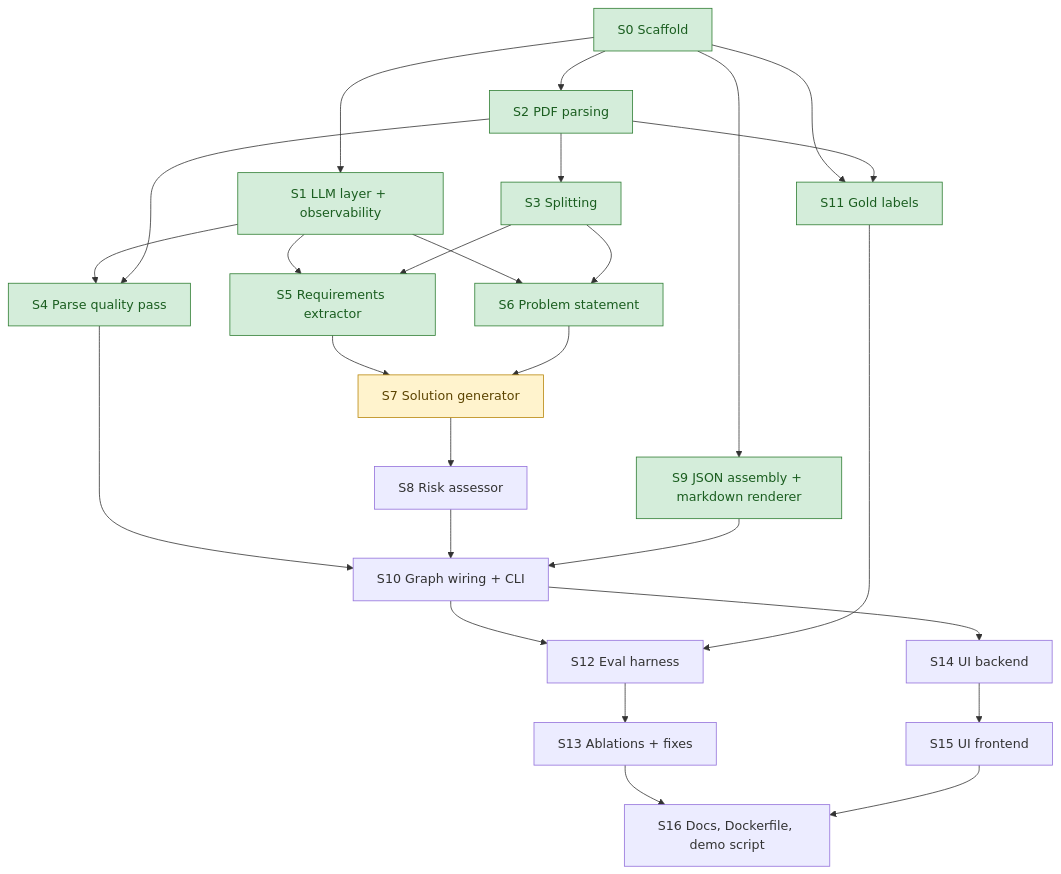
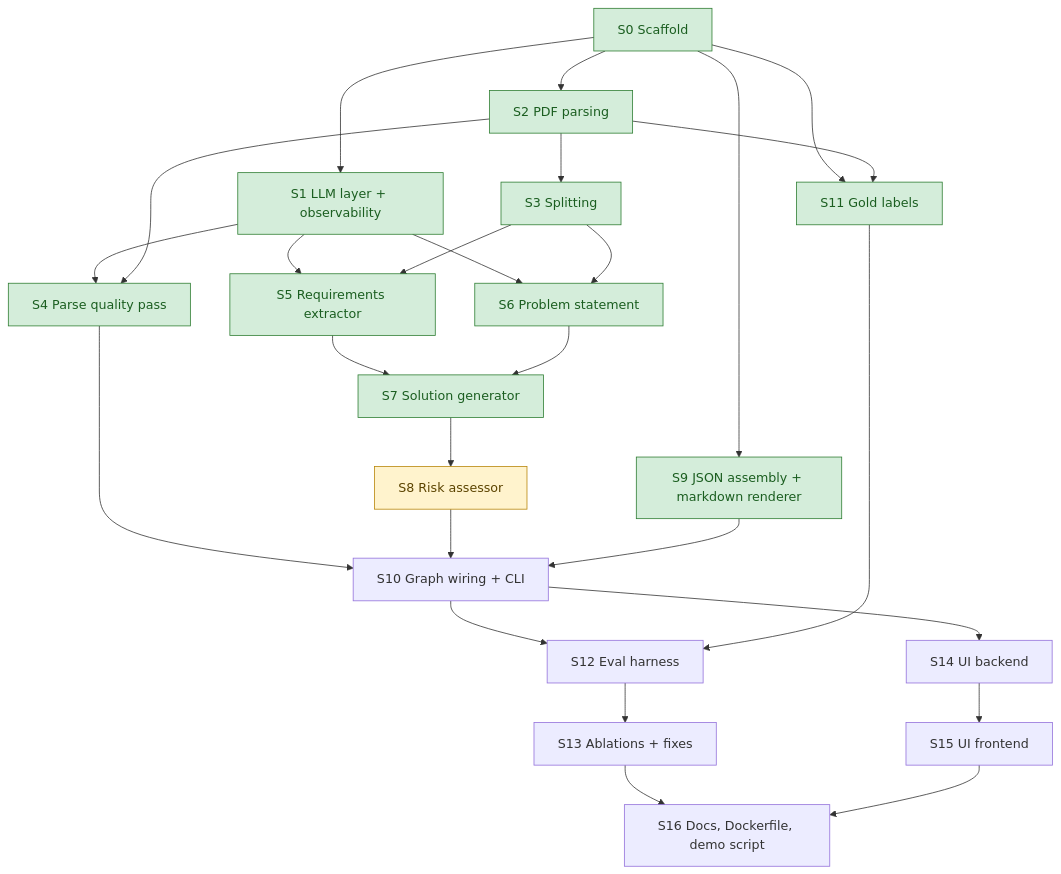
Before and after one commit to lofeodo/rfp-solution-summary-generator: the second of 2 diagrams in docs/ROADMAP.md, drawn with Mermaid. The commit also changed other lines of this file and 5 other files, not shown here.

Commit message:
S7: roadmap done with four-RFP results, D32, F10, F11, prompt notes, assumptions, time log, README solution section

````diff
--- a/docs/ROADMAP.md
+++ b/docs/ROADMAP.md
@@ -82,33 +82,33 @@
 ```mermaid
 flowchart TD
     S0[S0 Scaffold] --> S1[S1 LLM layer + observability]
     S0 --> S2[S2 PDF parsing]
     S0 --> S9[S9 JSON assembly + markdown renderer]
     S0 --> S11[S11 Gold labels]
     S2 --> S3[S3 Splitting]
     S1 --> S4[S4 Parse quality pass]
     S2 --> S4
     S1 --> S5[S5 Requirements extractor]
     S3 --> S5
     S1 --> S6[S6 Problem statement]
     S3 --> S6
     S5 --> S7[S7 Solution generator]
     S6 --> S7
     S7 --> S8[S8 Risk assessor]
     S4 --> S10[S10 Graph wiring + CLI]
     S8 --> S10
     S9 --> S10
     S2 --> S11
     S10 --> S12[S12 Eval harness]
     S11 --> S12
     S12 --> S13[S13 Ablations + fixes]
     S10 --> S14[S14 UI backend]
     S14 --> S15[S15 UI frontend]
     S13 --> S16[S16 Docs, Dockerfile, demo script]
     S15 --> S16
 
     classDef done fill:#d4edda,stroke:#2e7d32,color:#1b5e20
     classDef ready fill:#fff3cd,stroke:#b8860b,color:#5c4400
-    class S0,S1,S2,S3,S4,S5,S6,S9,S11 done
-    class S7 ready
+    class S0,S1,S2,S3,S4,S5,S6,S7,S9,S11 done
+    class S8 ready
 ```
````
